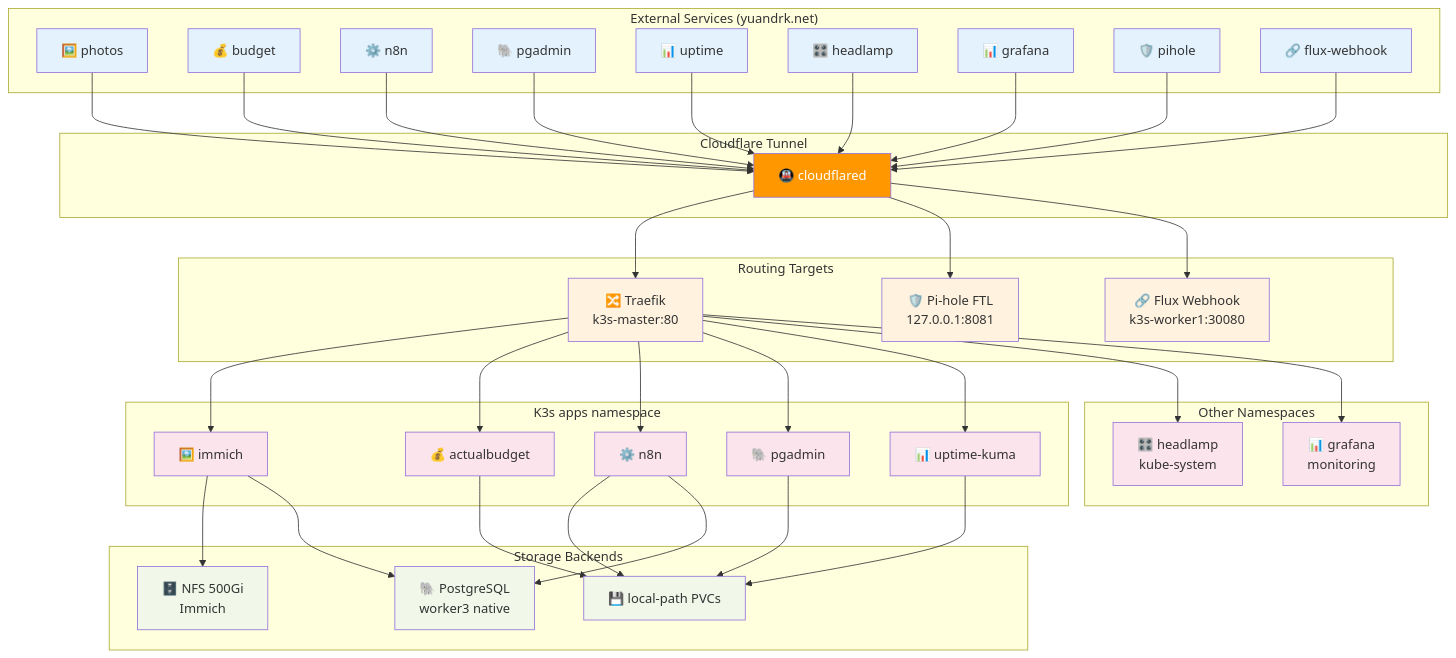
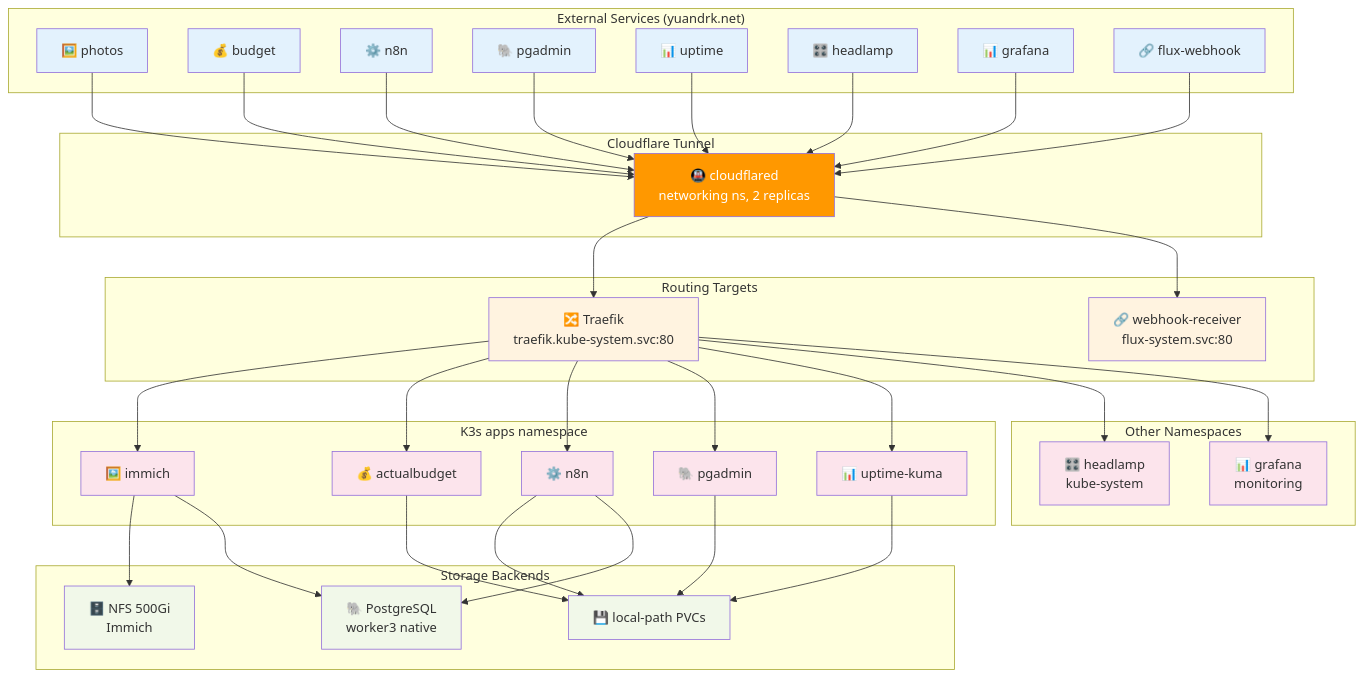
The fifth of 6 diagrams in docs/architecture-diagrams.md (yuandrk/homelabops), drawn with Mermaid before and after one commit. The commit also changed other lines of this file and 11 other files, not shown here.

First line of the commit message:
docs: remove pi-hole references after host decommission

````diff
--- a/docs/architecture-diagrams.md
+++ b/docs/architecture-diagrams.md
@@ -282,18 +281,16 @@
         Uptime[📊 uptime]
         HeadlampExt[🎛️ headlamp]
         GrafanaExt[📊 grafana]
-        PiholeExt[🛡️ pihole]
         Webhook[🔗 flux-webhook]
     end
 
     subgraph "Cloudflare Tunnel"
-        CFT[🚇 cloudflared]
+        CFT[🚇 cloudflared<br/>networking ns, 2 replicas]
     end
 
     subgraph "Routing Targets"
-        TraefikSvc[🔀 Traefik<br/>k3s-master:80]
-        PiholeHost[🛡️ Pi-hole FTL<br/>127.0.0.1:8081]
-        WebhookNP[🔗 Flux Webhook<br/>k3s-worker1:30080]
+        TraefikSvc[🔀 Traefik<br/>traefik.kube-system.svc:80]
+        WebhookSvc[🔗 webhook-receiver<br/>flux-system.svc:80]
     end
 
     subgraph "K3s apps namespace"
@@ -323,13 +320,11 @@
     Uptime --> CFT
     HeadlampExt --> CFT
     GrafanaExt --> CFT
-    PiholeExt --> CFT
     Webhook --> CFT
 
     %% Tunnel → routes
     CFT --> TraefikSvc
-    CFT --> PiholeHost
-    CFT --> WebhookNP
+    CFT --> WebhookSvc
 
     %% Traefik → apps
     TraefikSvc --> ImmichApp
@@ -355,9 +350,9 @@
     classDef k8s fill:#fce4ec
     classDef storage fill:#f1f8e9
 
-    class Photos,Budget,N8nExt,PgAdminExt,Uptime,HeadlampExt,GrafanaExt,PiholeExt,Webhook external
+    class Photos,Budget,N8nExt,PgAdminExt,Uptime,HeadlampExt,GrafanaExt,Webhook external
     class CFT tunnel
-    class PiholeHost,TraefikSvc,WebhookNP host
+    class TraefikSvc,WebhookSvc host
     class ImmichApp,ActualApp,N8nApp,PgAdminApp,UptimeApp,HeadlampApp,GrafanaApp k8s
     class LocalPV,NFSPV,PG storage
 ```
````
